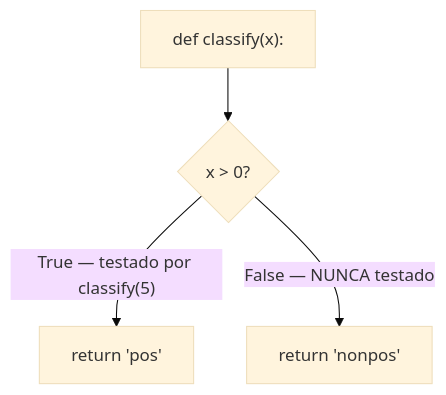
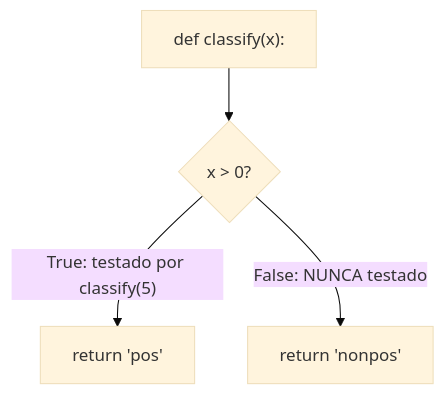
The diagram in backend/src/seed/data/curriculum/algorithms-software/software-construction/content/test-coverage/pt-BR.md (alexcastrodev/my-university), drawn with Mermaid (base theme) before and after one commit. The commit also changed other lines of this file and 19 other files, not shown here.

````diff
--- a/backend/src/seed/data/curriculum/algorithms-software/software-construction/content/test-coverage/pt-BR.md
+++ b/backend/src/seed/data/curriculum/algorithms-software/software-construction/content/test-coverage/pt-BR.md
@@ -31,6 +31,6 @@
 ```mermaid
 flowchart TD
     A["def classify(x):"] --> B{"x > 0?"}
-    B -->|"True — testado por classify(5)"| C["return 'pos'"]
-    B -->|"False — NUNCA testado"| D["return 'nonpos'"]
+    B -->|"True: testado por classify(5)"| C["return 'pos'"]
+    B -->|"False: NUNCA testado"| D["return 'nonpos'"]
 ```
````
